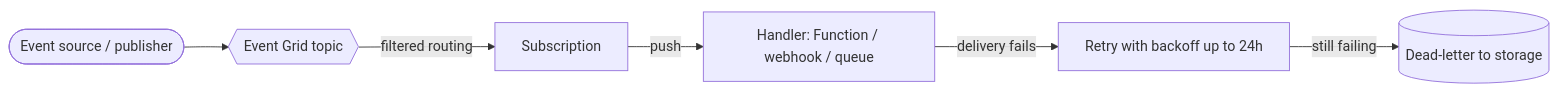
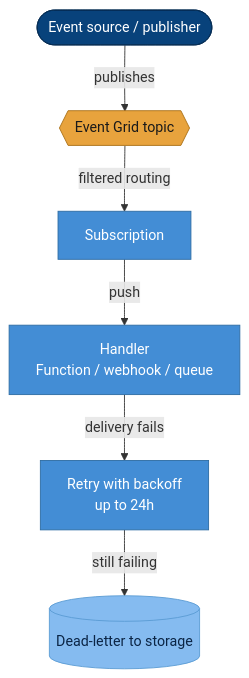
One commit to seesathish/AntKart-Src3 changed the second of 3 diagrams in docs/guides/serverless-eventing-concepts.md. Above: the diagram before and after it, drawn with Mermaid. The commit also changed other lines of this file and 4 other files, not shown here.

First line of the commit message:
docs: standardise all concept-guide Mermaid diagrams to one visual standard

````diff
--- a/docs/guides/serverless-eventing-concepts.md
+++ b/docs/guides/serverless-eventing-concepts.md
@@ -80,8 +91,20 @@
 ```mermaid
-flowchart LR
-    SRC([Event source / publisher]) --> EGT{{Event Grid topic}}
+flowchart TB
+    SRC([Event source / publisher]) -->|publishes| EGT{{Event Grid topic}}
     EGT -->|filtered routing| SUB[Subscription]
-    SUB -->|push| H[Handler: Function / webhook / queue]
-    H -->|delivery fails| RETRY[Retry with backoff up to 24h]
+    SUB -->|push| H[Handler<br/>Function / webhook / queue]
+    H -->|delivery fails| RETRY[Retry with backoff<br/>up to 24h]
     RETRY -->|still failing| DL[(Dead-letter to storage)]
+
+    classDef actor   fill:#08427B,stroke:#052c54,color:#ffffff;
+    classDef primary fill:#1168BD,stroke:#0b4a87,color:#ffffff;
+    classDef service fill:#438DD5,stroke:#2d6ca3,color:#ffffff;
+    classDef data    fill:#85BBF0,stroke:#5a9bd4,color:#0b2545;
+    classDef external fill:#8B8B8B,stroke:#5f5f5f,color:#ffffff;
+    classDef focus   fill:#E8A33D,stroke:#a96f16,color:#1a1a1a;
+
+    class SRC actor
+    class SUB,H,RETRY service
+    class DL data
+    class EGT focus
 ```
````
